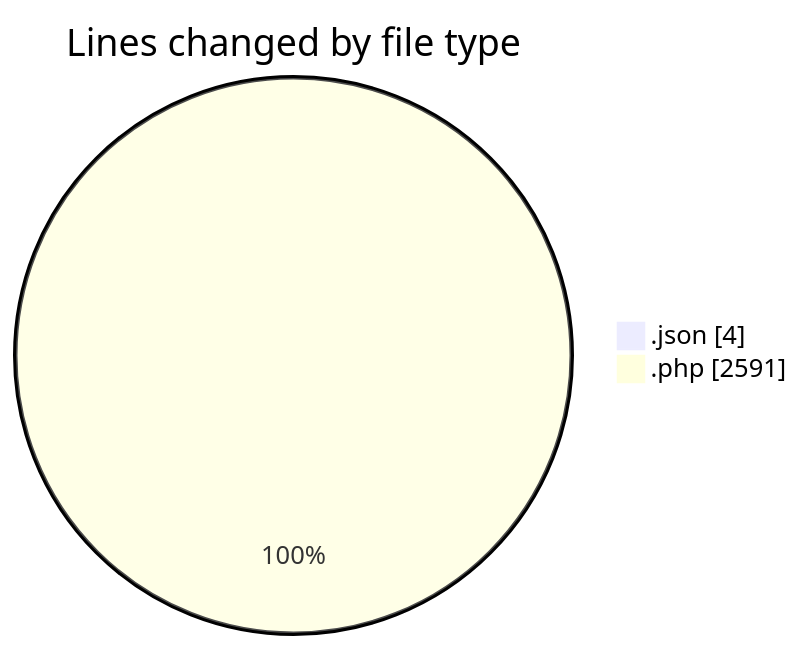
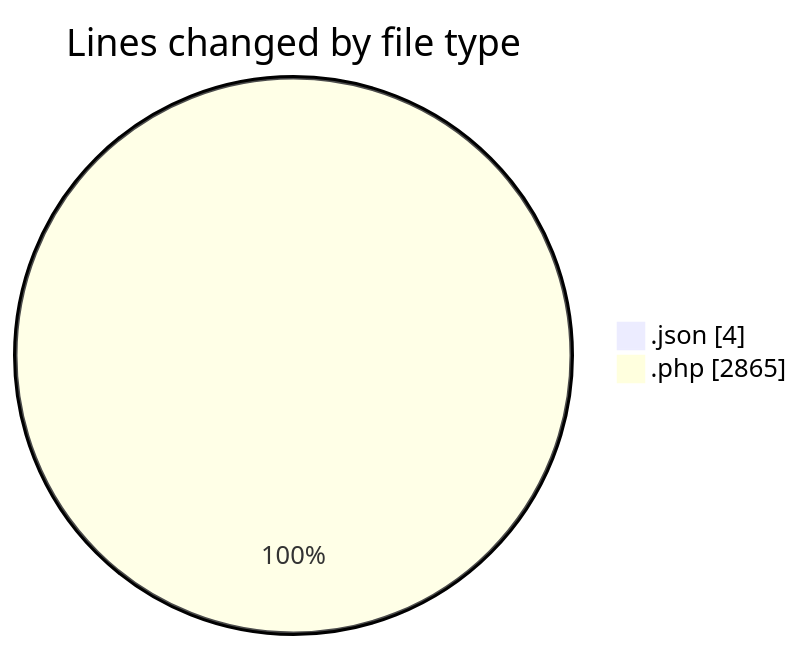
One commit to debugP/code-tracking changed the first of 2 diagrams in 2026-06-30/wp-content/README.md. Above: the diagram before and after it, drawn with Mermaid. The commit also changed other lines of this file and 1 other file, not shown here.

````diff
--- a/2026-06-30/wp-content/README.md
+++ b/2026-06-30/wp-content/README.md
@@ -24,6 +26,6 @@
 ```mermaid
 pie showData
 title Lines changed by file type
 ".json" : 4
-".php" : 2591
+".php" : 2865
 ```
````
